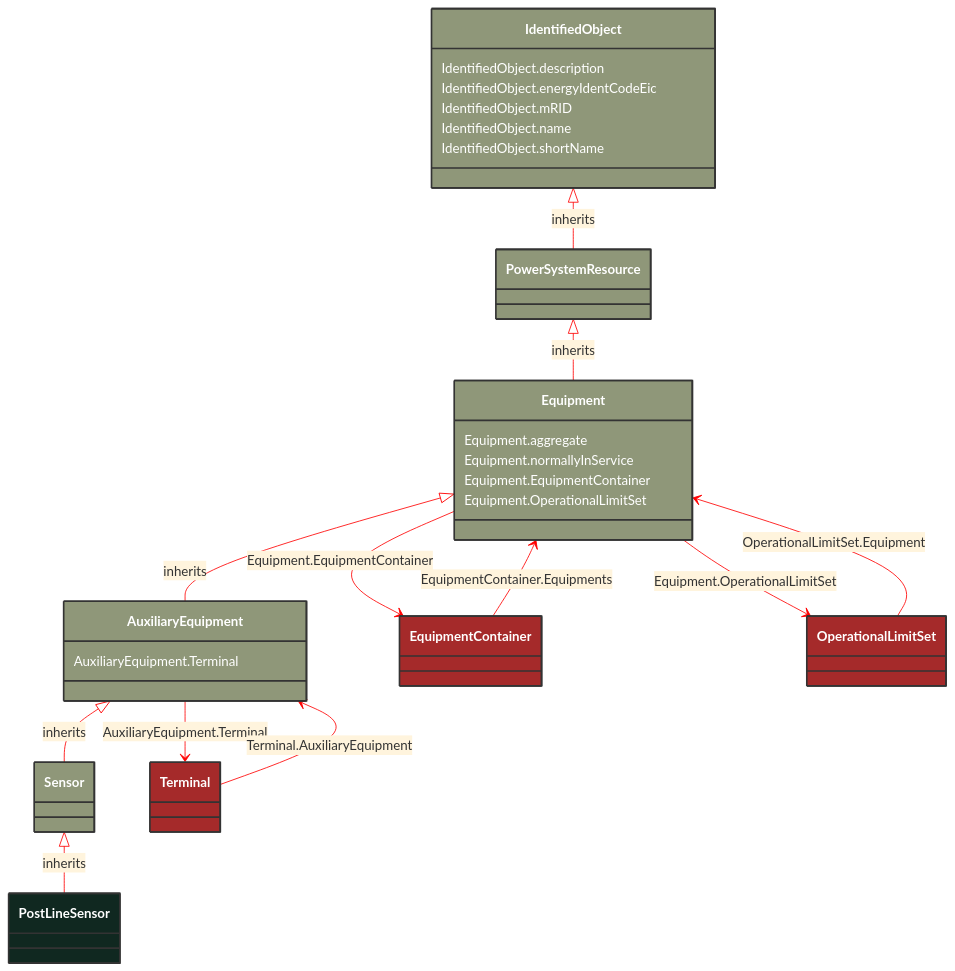
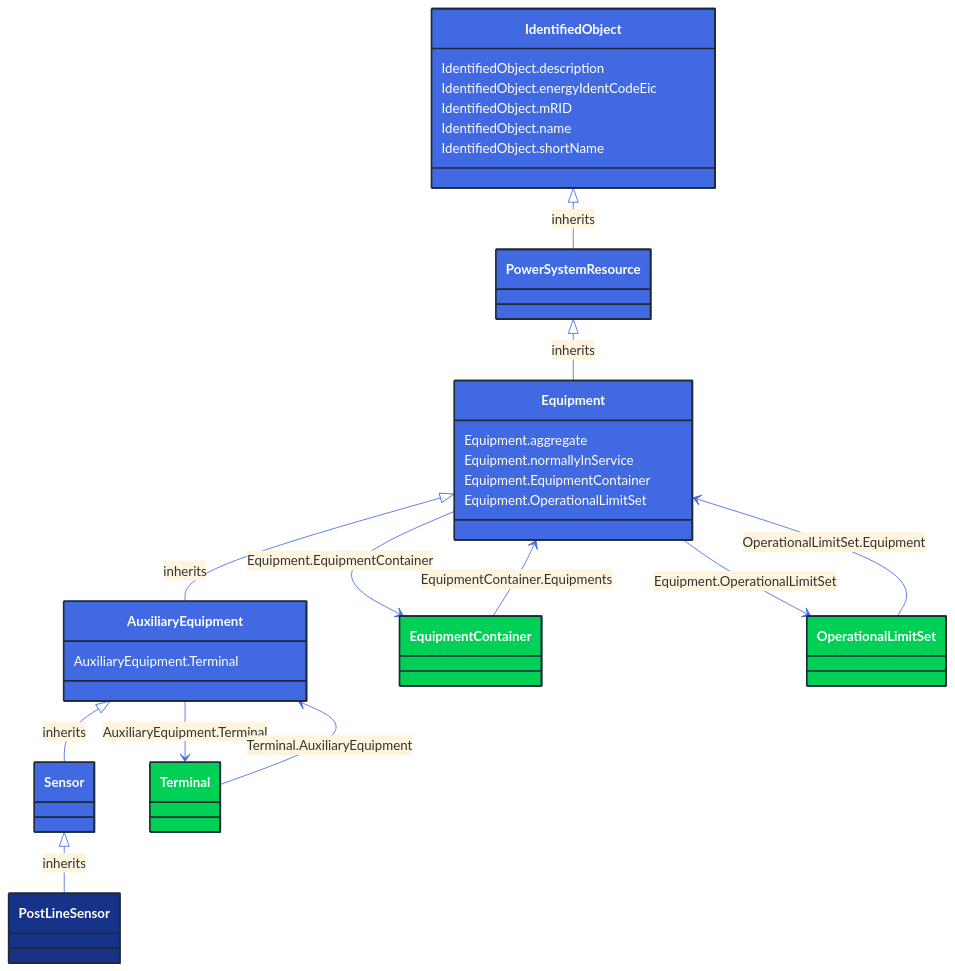
Before and after one commit to 3lbits/NoCIMExtensions: the diagram in docs/Models/Profiles/CoreEquipment/ConcreteClasses/PostLineSensor.md, drawn with Mermaid. The commit also changed 362 other files, not shown here.

First line of the commit message:
Update diagrams and styles for improved visual consistency

````diff
--- a/docs/Models/Profiles/CoreEquipment/ConcreteClasses/PostLineSensor.md
+++ b/docs/Models/Profiles/CoreEquipment/ConcreteClasses/PostLineSensor.md
@@ -8,73 +8,73 @@
 ```mermaid
-%%{init: {'theme':'base','themeVariables': {'lineColor': '#FF0000'}}}%%
+%%{init: {'theme':'base','themeVariables': {'lineColor': '#4169E1'}}}%%
 classDiagram
     class PostLineSensor
     click PostLineSensor href "/Models/Profiles/CoreEquipment/ConcreteClasses/PostLineSensor/"
-    style PostLineSensor fill:#102820,stroke:#333,stroke-width:2px,rx:10,ry:10,color:white
+    style PostLineSensor fill:#163289,stroke:#1F2A37,stroke-width:2px,rx:10,ry:10,color:white
      
         Sensor <|-- PostLineSensor : inherits
             click Sensor href "/Models/Profiles/CoreEquipment/AbstractClasses/Sensor/"
-            style Sensor fill:#8F9779,stroke:#333,stroke-width:2px,rx:10,ry:10,color:white
+            style Sensor fill:#4169E1,stroke:#1F2A37,stroke-width:2px,rx:10,ry:10,color:white
      
         AuxiliaryEquipment <|-- Sensor : inherits
             click AuxiliaryEquipment href "/Models/Profiles/CoreEquipment/AbstractClasses/AuxiliaryEquipment/"
-            style AuxiliaryEquipment fill:#8F9779,stroke:#333,stroke-width:2px,rx:10,ry:10,color:white
+            style AuxiliaryEquipment fill:#4169E1,stroke:#1F2A37,stroke-width:2px,rx:10,ry:10,color:white
      
         Equipment <|-- AuxiliaryEquipment : inherits
             click Equipment href "/Models/Profiles/CoreEquipment/AbstractClasses/Equipment/"
-            style Equipment fill:#8F9779,stroke:#333,stroke-width:2px,rx:10,ry:10,color:white
+            style Equipment fill:#4169E1,stroke:#1F2A37,stroke-width:2px,rx:10,ry:10,color:white
      
         PowerSystemResource <|-- Equipment : inherits
             click PowerSystemResource href "/Models/Profiles/CoreEquipment/AbstractClasses/PowerSystemResource/"
-            style PowerSystemResource fill:#8F9779,stroke:#333,stroke-width:2px,rx:10,ry:10,color:white
+            style PowerSystemResource fill:#4169E1,stroke:#1F2A37,stroke-width:2px,rx:10,ry:10,color:white
      
         IdentifiedObject <|-- PowerSystemResource : inherits
             click IdentifiedObject href "/Models/Profiles/CoreEquipment/AbstractClasses/IdentifiedObject/"
-            style IdentifiedObject fill:#8F9779,stroke:#333,stroke-width:2px,rx:10,ry:10,color:white
+            style IdentifiedObject fill:#4169E1,stroke:#1F2A37,stroke-width:2px,rx:10,ry:10,color:white
 
         AuxiliaryEquipment --> Terminal : AuxiliaryEquipment.Terminal
 
         Terminal
             click Terminal href "/Models/Profiles/CoreEquipment/ConcreteClasses/Terminal/"
-            style Terminal fill:#A52A2A,stroke:#333,stroke-width:2px,rx:10,ry:10,color:white
+            style Terminal fill:#00D156,stroke:#1F2A37,stroke-width:2px,rx:10,ry:10,color:white
         Equipment --> EquipmentContainer : Equipment.EquipmentContainer
 
         EquipmentContainer
             click EquipmentContainer href "/Models/Profiles/CoreEquipment/AbstractClasses/EquipmentContainer/"
-            style EquipmentContainer fill:#A52A2A,stroke:#333,stroke-width:2px,rx:10,ry:10,color:white
+            style EquipmentContainer fill:#00D156,stroke:#1F2A37,stroke-width:2px,rx:10,ry:10,color:white
         Equipment --> OperationalLimitSet : Equipment.OperationalLimitSet
 
         OperationalLimitSet
             click OperationalLimitSet href "/Models/Profiles/CoreEquipment/ConcreteClasses/OperationalLimitSet/"
-            style OperationalLimitSet fill:#A52A2A,stroke:#333,stroke-width:2px,rx:10,ry:10,color:white
+            style OperationalLimitSet fill:#00D156,stroke:#1F2A37,stroke-width:2px,rx:10,ry:10,color:white
 
         EquipmentContainer --> Equipment : EquipmentContainer.Equipments
 
         EquipmentContainer
             click EquipmentContainer href "/Models/Profiles/CoreEquipment/AbstractClasses/EquipmentContainer/"
-            style EquipmentContainer fill:#A52A2A,stroke:#333,stroke-width:2px,rx:10,ry:10,color:white
+            style EquipmentContainer fill:#00D156,stroke:#1F2A37,stroke-width:2px,rx:10,ry:10,color:white
 
         OperationalLimitSet --> Equipment : OperationalLimitSet.Equipment
 
         OperationalLimitSet
             click OperationalLimitSet href "/Models/Profiles/CoreEquipment/ConcreteClasses/OperationalLimitSet/"
-            style OperationalLimitSet fill:#A52A2A,stroke:#333,stroke-width:2px,rx:10,ry:10,color:white
+            style OperationalLimitSet fill:#00D156,stroke:#1F2A37,stroke-width:2px,rx:10,ry:10,color:white
 
         Terminal --> AuxiliaryEquipment : Terminal.AuxiliaryEquipment
 
         Terminal
             click Terminal href "/Models/Profiles/CoreEquipment/ConcreteClasses/Terminal/"
-            style Terminal fill:#A52A2A,stroke:#333,stroke-width:2px,rx:10,ry:10,color:white
+            style Terminal fill:#00D156,stroke:#1F2A37,stroke-width:2px,rx:10,ry:10,color:white
 
 
         AuxiliaryEquipment : AuxiliaryEquipment.Terminal
         Equipment : Equipment.aggregate
         Equipment : Equipment.normallyInService
         Equipment : Equipment.EquipmentContainer
         Equipment : Equipment.OperationalLimitSet
         IdentifiedObject : IdentifiedObject.description
         IdentifiedObject : IdentifiedObject.energyIdentCodeEic
         IdentifiedObject : IdentifiedObject.mRID
         IdentifiedObject : IdentifiedObject.name
         IdentifiedObject : IdentifiedObject.shortName
 ```
````
